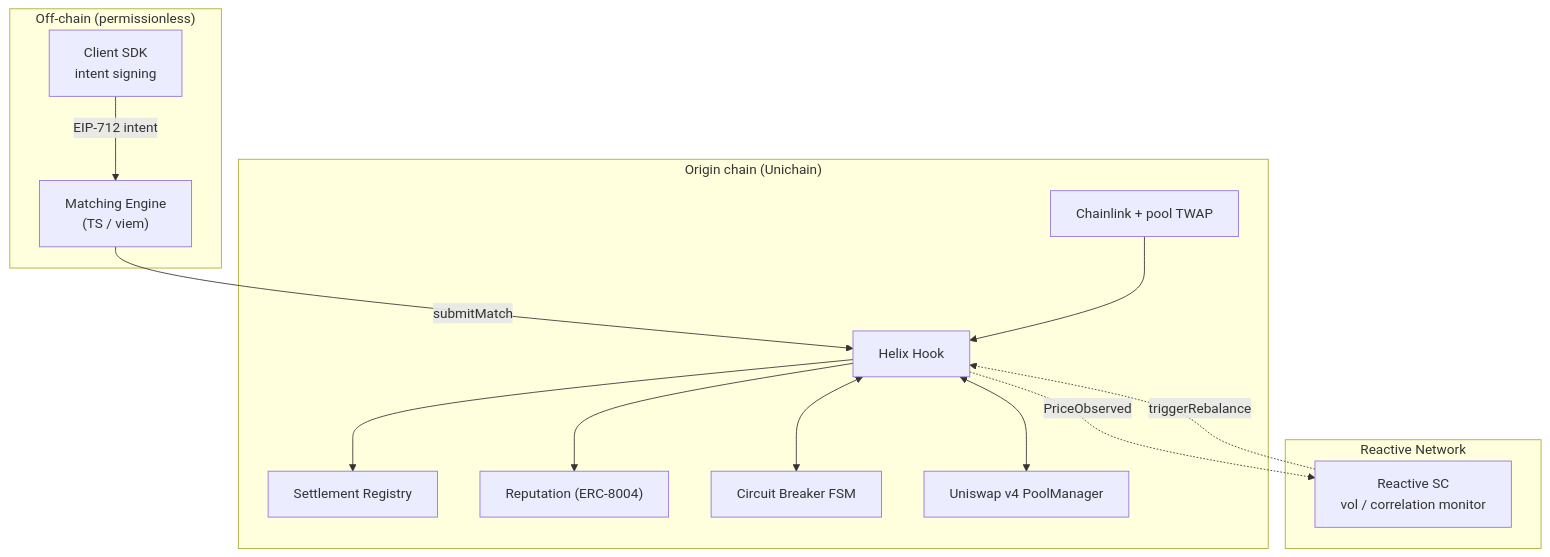
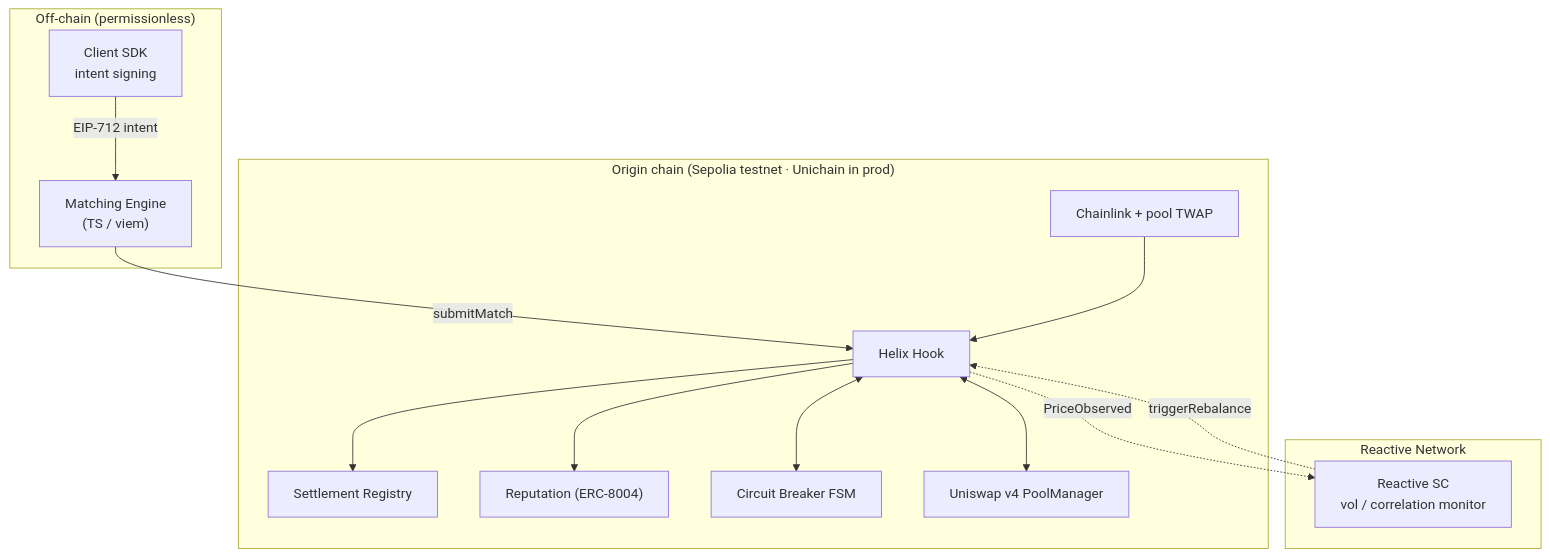
The diagram in README.md (aliveevie/helix), drawn with Mermaid before and after one commit. The commit also changed other lines of this file and 3 other files, not shown here.

````diff
--- a/README.md
+++ b/README.md
@@ -51,27 +74,27 @@
 ```mermaid
 flowchart TB
     subgraph OFFCHAIN["Off-chain (permissionless)"]
         ME["Matching Engine<br/>(TS / viem)"]
         SDK["Client SDK<br/>intent signing"]
     end
-    subgraph ORIGIN["Origin chain (Unichain)"]
+    subgraph ORIGIN["Origin chain (Sepolia testnet · Unichain in prod)"]
         HOOK["Helix Hook"]
         REG["Settlement Registry"]
         REP["Reputation (ERC-8004)"]
         CB["Circuit Breaker FSM"]
         PM["Uniswap v4 PoolManager"]
         CL["Chainlink + pool TWAP"]
     end
     subgraph REACTIVE["Reactive Network"]
         RSC["Reactive SC<br/>vol / correlation monitor"]
     end
     SDK -->|EIP-712 intent| ME
     ME -->|submitMatch| HOOK
     HOOK <--> PM
     HOOK --> REG
     HOOK --> REP
     HOOK <--> CB
     CL --> HOOK
     HOOK -.PriceObserved.-> RSC
     RSC -.triggerRebalance.-> HOOK
 ```
````
